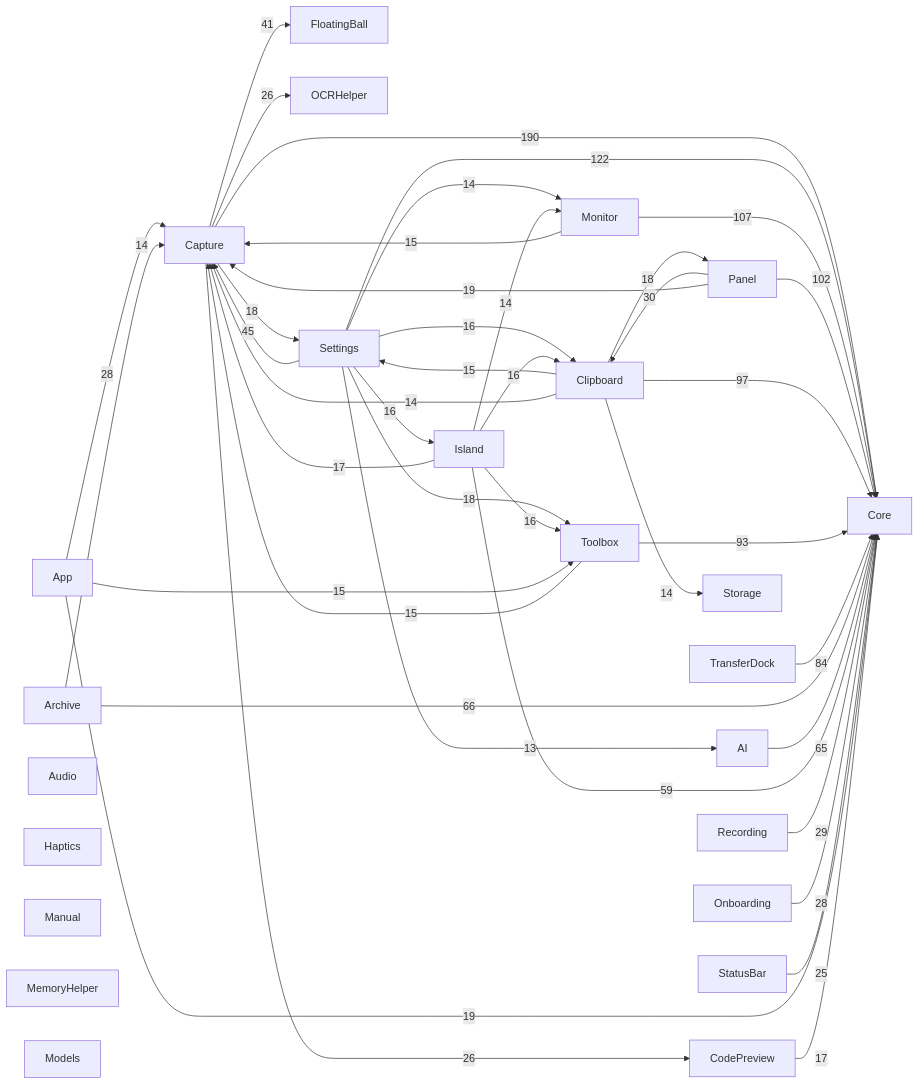
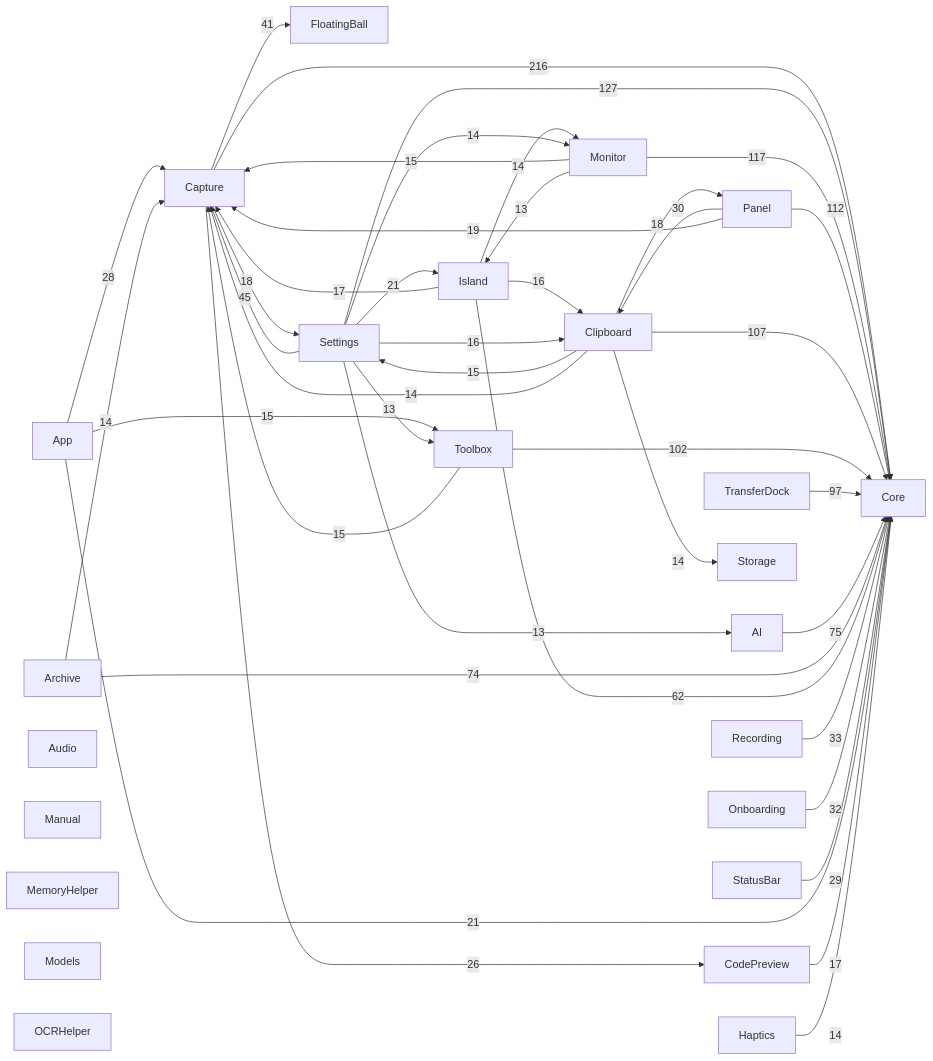
One commit to sxyq/Kitnest changed the diagram in docs/00-总览/模块依赖图.md. Above: the diagram before and after it, drawn with Mermaid. The commit also changed other lines of this file and 5 other files, not shown here.

````diff
--- a/docs/00-总览/模块依赖图.md
+++ b/docs/00-总览/模块依赖图.md
@@ -38,67 +38,67 @@
 ```mermaid
 flowchart LR
   M0["AI"]
   M1["App"]
   M2["Archive"]
   M3["Audio"]
   M4["Capture"]
   M5["Clipboard"]
   M6["CodePreview"]
   M7["Core"]
   M8["FloatingBall"]
   M9["Haptics"]
   M10["Island"]
   M11["Manual"]
   M12["MemoryHelper"]
   M13["Models"]
   M14["Monitor"]
   M15["OCRHelper"]
   M16["Onboarding"]
   M17["Panel"]
   M18["Recording"]
   M19["Settings"]
   M20["StatusBar"]
   M21["Storage"]
   M22["Toolbox"]
   M23["TransferDock"]
-  M4 -->|190| M7
-  M19 -->|122| M7
-  M14 -->|107| M7
-  M17 -->|102| M7
-  M5 -->|97| M7
-  M22 -->|93| M7
-  M23 -->|84| M7
-  M2 -->|66| M7
-  M0 -->|65| M7
-  M10 -->|59| M7
+  M4 -->|216| M7
+  M19 -->|127| M7
+  M14 -->|117| M7
+  M17 -->|112| M7
+  M5 -->|107| M7
+  M22 -->|102| M7
+  M23 -->|97| M7
+  M0 -->|75| M7
+  M2 -->|74| M7
+  M10 -->|62| M7
   M19 -->|45| M4
   M4 -->|41| M8
+  M18 -->|33| M7
+  M16 -->|32| M7
   M17 -->|30| M5
-  M18 -->|29| M7
+  M20 -->|29| M7
   M1 -->|28| M4
-  M16 -->|28| M7
-  M4 -->|26| M15
   M4 -->|26| M6
-  M20 -->|25| M7
-  M1 -->|19| M7
+  M1 -->|21| M7
+  M19 -->|21| M10
   M17 -->|19| M4
-  M19 -->|18| M22
   M4 -->|18| M19
   M5 -->|18| M17
   M6 -->|17| M7
   M10 -->|17| M4
+  M10 -->|16| M5
   M19 -->|16| M5
-  M19 -->|16| M10
-  M10 -->|16| M22
-  M10 -->|16| M5
   M1 -->|15| M22
+  M5 -->|15| M19
   M14 -->|15| M4
   M22 -->|15| M4
-  M5 -->|15| M19
-  M19 -->|14| M14
   M2 -->|14| M4
-  M10 -->|14| M14
   M5 -->|14| M4
   M5 -->|14| M21
+  M10 -->|14| M14
+  M19 -->|14| M14
+  M9 -->|14| M7
+  M14 -->|13| M10
+  M19 -->|13| M22
   M19 -->|13| M0
 ```
````
